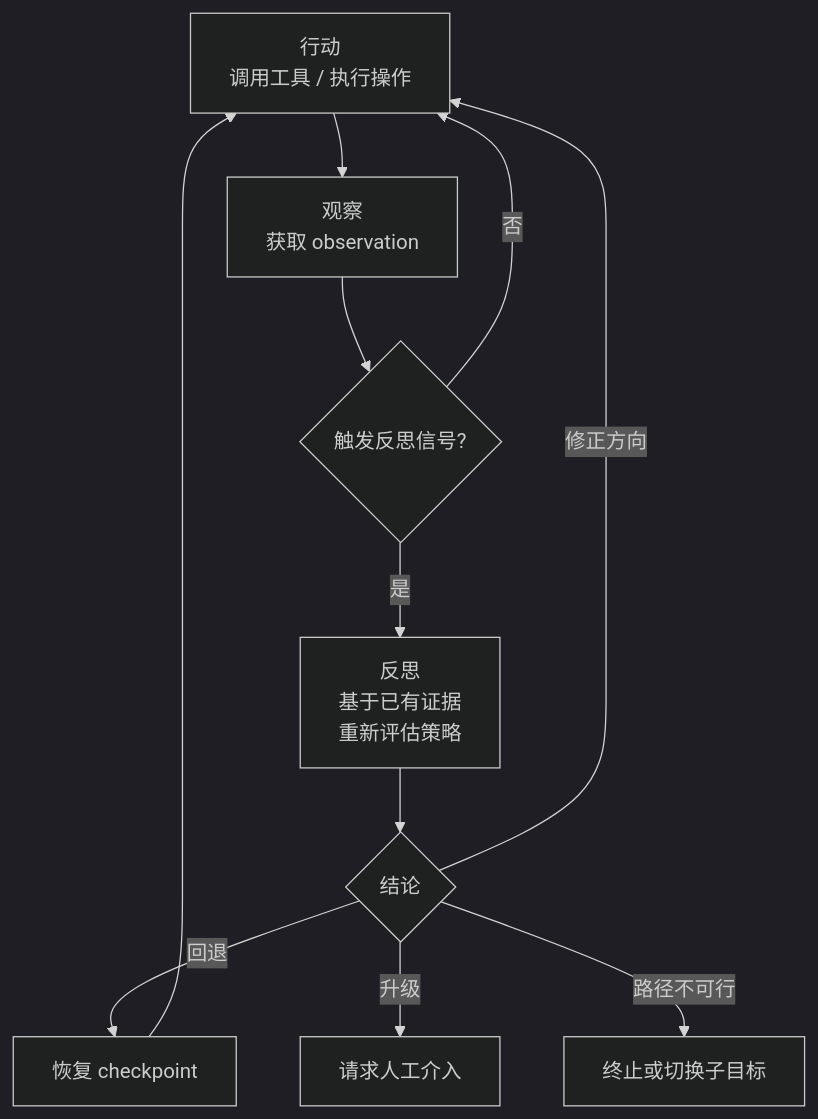
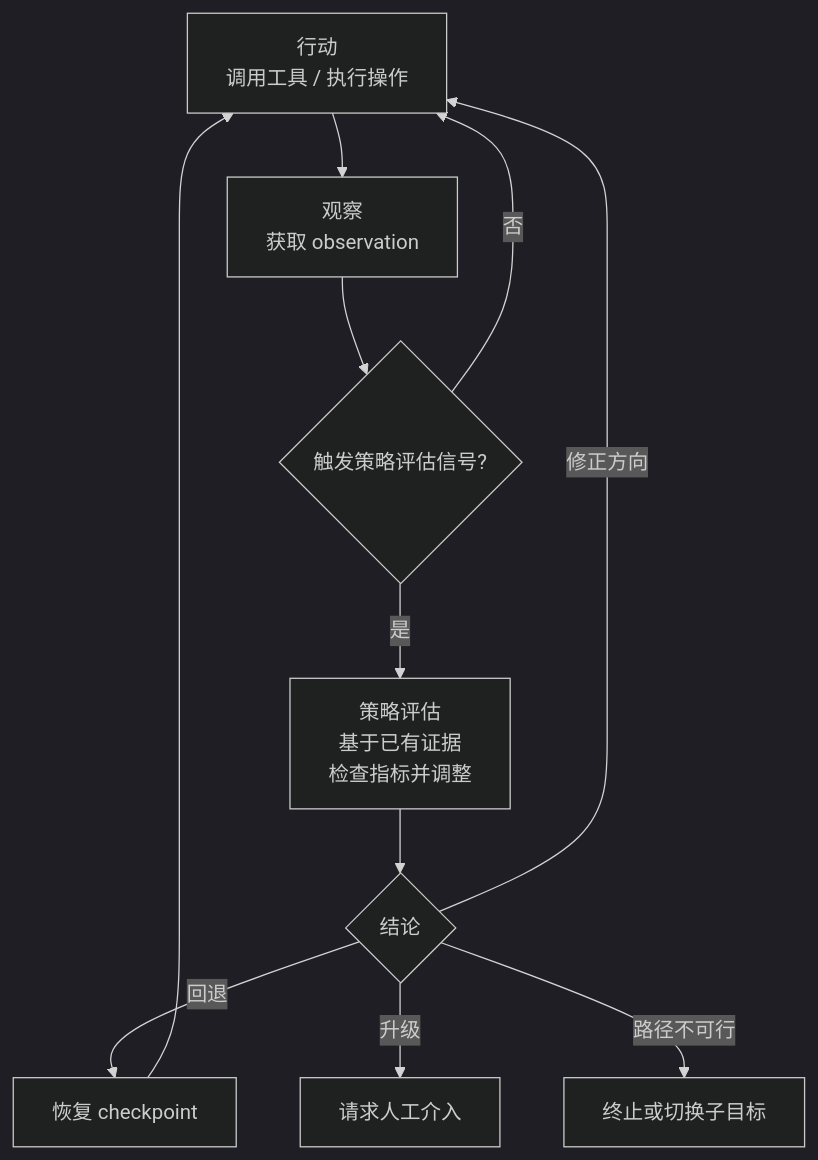
The diagram in cognitive-architecture/metacognitive-control.md (jyqj/ai-agent-skill), drawn with Mermaid (dark theme) before and after one commit. The commit also changed other lines of this file and 354 other files, not shown here.

First line of the commit message:
refactor: 全库去AI味改写 + 一致性修复 + Mermaid 补图

````diff
--- a/cognitive-architecture/metacognitive-control.md
+++ b/cognitive-architecture/metacognitive-control.md
@@ -66,13 +66,13 @@
 ```mermaid
 flowchart TD
     A["行动<br/>调用工具 / 执行操作"] --> B["观察<br/>获取 observation"]
-    B --> C{"触发反思信号?"}
+    B --> C{"触发策略评估信号?"}
     C -- 否 --> A
-    C -- 是 --> D["反思<br/>基于已有证据<br/>重新评估策略"]
+    C -- 是 --> D["策略评估<br/>基于已有证据<br/>检查指标并调整"]
     D --> E{"结论"}
     E -- 修正方向 --> A
     E -- 回退 --> F["恢复 checkpoint"]
     E -- 升级 --> G["请求人工介入"]
     E -- 路径不可行 --> H["终止或切换子目标"]
     F --> A
 ```
````
